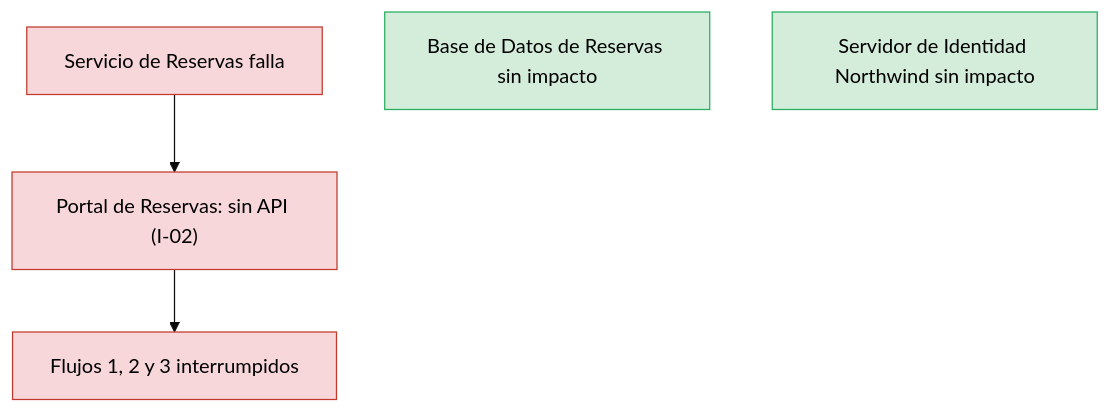
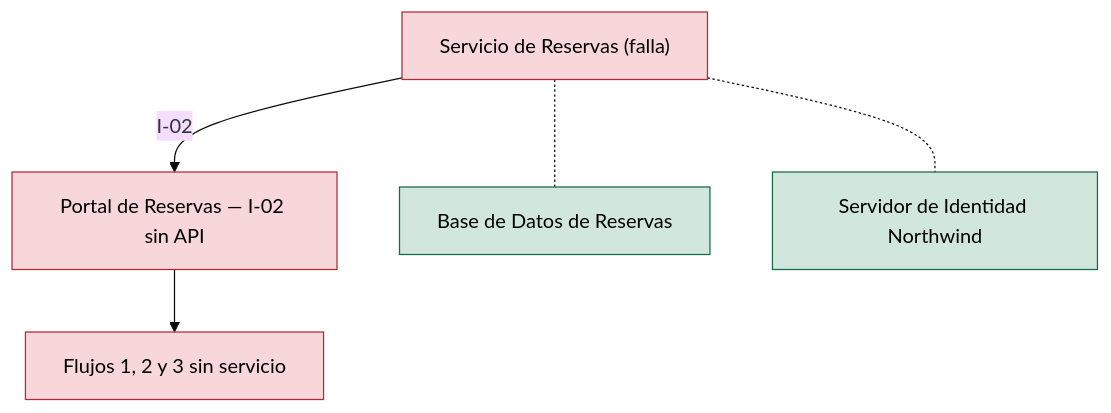
The third of 3 diagrams in analysis/BLAST-RADIUS-2026-11-03.md (shadowX4fox/northwind-reservas), drawn with Mermaid (base theme) before and after one commit. The commit also changed other lines of this file and 8 other files, not shown here.

````diff
--- a/analysis/BLAST-RADIUS-2026-11-03.md
+++ b/analysis/BLAST-RADIUS-2026-11-03.md
@@ -68,9 +78,14 @@
 ```mermaid
 flowchart TB
-  A["Servicio de Reservas falla"]:::cascading --> B["Portal de Reservas: sin API (I-02)"]:::cascading
-  B --> F["Flujos 1, 2 y 3 interrumpidos"]:::cascading
-  D["Base de Datos de Reservas sin impacto"]:::contained
-  E["Servidor de Identidad Northwind sin impacto"]:::contained
-  classDef cascading fill:#f8d7da,stroke:#c0392b,color:#000
-  classDef contained fill:#d4edda,stroke:#27ae60,color:#000
+  SVC["Servicio de Reservas (falla)"]:::cascading
+  POR["Portal de Reservas — I-02 sin API"]:::cascading
+  DB["Base de Datos de Reservas"]:::contained
+  IDP["Servidor de Identidad Northwind"]:::contained
+  F["Flujos 1, 2 y 3 sin servicio"]:::cascading
+  SVC -->|I-02| POR
+  POR --> F
+  SVC -.- DB
+  SVC -.- IDP
+  classDef cascading fill:#f8d7da,stroke:#b02a37,color:#000
+  classDef contained fill:#d1e7dd,stroke:#146c43,color:#000
 ```
````
